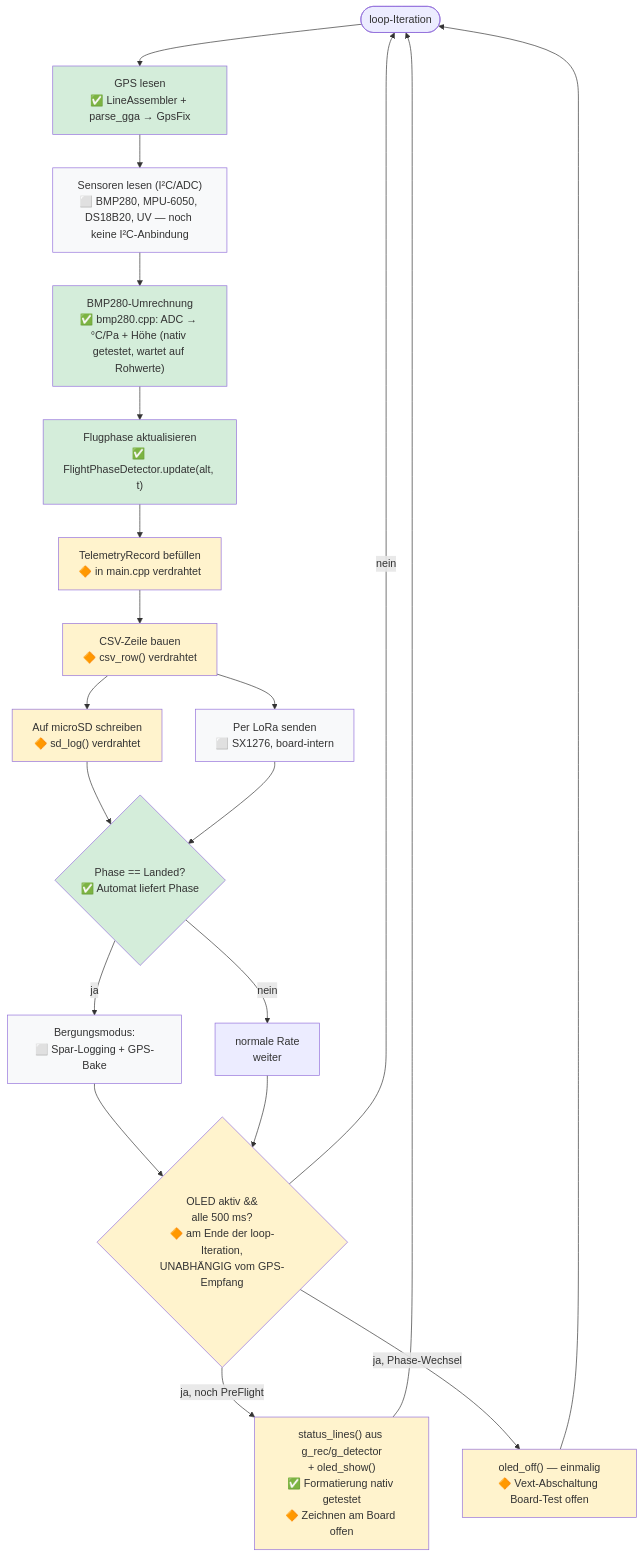
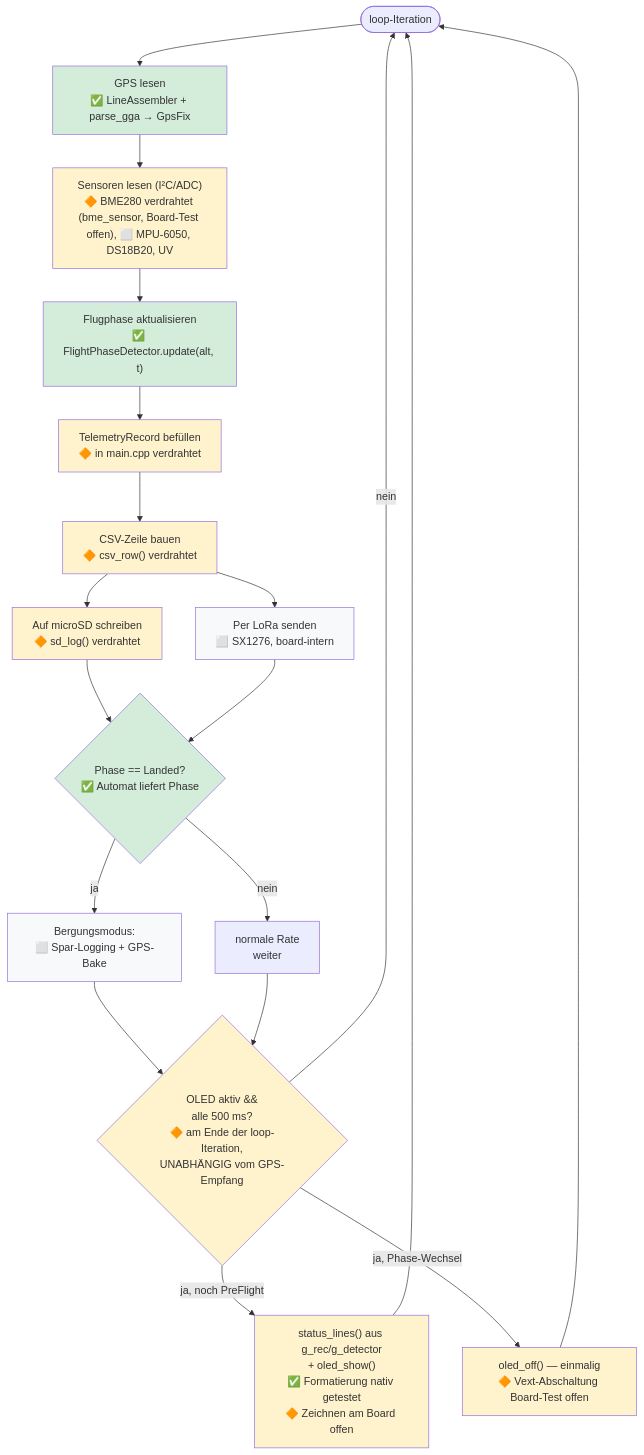
Before and after one commit to rhoentier/weather_balloon: the fourth of 6 diagrams in docs/software-flow.md, drawn with Mermaid. The commit also changed other lines of this file and 2 other files, not shown here.

First line of the commit message:
docs: BMP280 -> BME280 durchgängig korrigieren (Pins, TODO, Software-Flow)

````diff
--- a/docs/software-flow.md
+++ b/docs/software-flow.md
@@ -137,43 +137,41 @@
 ```mermaid
 flowchart TD
     L([loop-Iteration]) --> READ_GPS["GPS lesen<br/>✅ LineAssembler + parse_gga → GpsFix"]
-    READ_GPS --> READ_SENS["Sensoren lesen (I²C/ADC)<br/>⬜ BMP280, MPU-6050, DS18B20, UV — noch keine I²C-Anbindung"]
-    READ_SENS --> BMP_CONV["BMP280-Umrechnung<br/>✅ bmp280.cpp: ADC → °C/Pa + Höhe (nativ getestet, wartet auf Rohwerte)"]
+    READ_GPS --> READ_SENS["Sensoren lesen (I²C/ADC)<br/>🔶 BME280 verdrahtet (bme_sensor, Board-Test offen), ⬜ MPU-6050, DS18B20, UV"]
 
-    BMP_CONV --> PHASE["Flugphase aktualisieren<br/>✅ FlightPhaseDetector.update(alt, t)"]
+    READ_SENS --> PHASE["Flugphase aktualisieren<br/>✅ FlightPhaseDetector.update(alt, t)"]
     PHASE --> BUILD["TelemetryRecord befüllen<br/>🔶 in main.cpp verdrahtet"]
 
     BUILD --> CSV["CSV-Zeile bauen<br/>🔶 csv_row() verdrahtet"]
 
     CSV --> SD["Auf microSD schreiben<br/>🔶 sd_log() verdrahtet"]
     CSV --> LORA["Per LoRa senden<br/>⬜ SX1276, board-intern"]
 
     SD --> RATE{"Phase == Landed?<br/>✅ Automat liefert Phase"}
     LORA --> RATE
     RATE -->|ja| SLOW["Bergungsmodus:<br/>⬜ Spar-Logging + GPS-Bake"]
     RATE -->|nein| FAST["normale Rate<br/>weiter"]
 
     SLOW --> OLED
     FAST --> OLED
 
     OLED{"OLED aktiv &&<br/>alle 500 ms?<br/>🔶 am Ende der loop-Iteration,<br/>UNABHÄNGIG vom GPS-Empfang"}
     OLED -->|nein| L
     OLED -->|ja, noch PreFlight| SHOW["status_lines() aus g_rec/g_detector<br/>+ oled_show()<br/>✅ Formatierung nativ getestet<br/>🔶 Zeichnen am Board offen"]
     OLED -->|ja, Phase-Wechsel| OFF["oled_off() — einmalig<br/>🔶 Vext-Abschaltung Board-Test offen"]
     SHOW --> L
     OFF --> L
 
     style PHASE fill:#d4edda
     style BUILD fill:#fff3cd
     style CSV fill:#fff3cd
     style RATE fill:#d4edda
     style READ_GPS fill:#d4edda
-    style READ_SENS fill:#f8f9fa
-    style BMP_CONV fill:#d4edda
+    style READ_SENS fill:#fff3cd
     style SD fill:#fff3cd
     style LORA fill:#f8f9fa
     style SLOW fill:#f8f9fa
     style OLED fill:#fff3cd
     style SHOW fill:#fff3cd
     style OFF fill:#fff3cd
 ```
````
